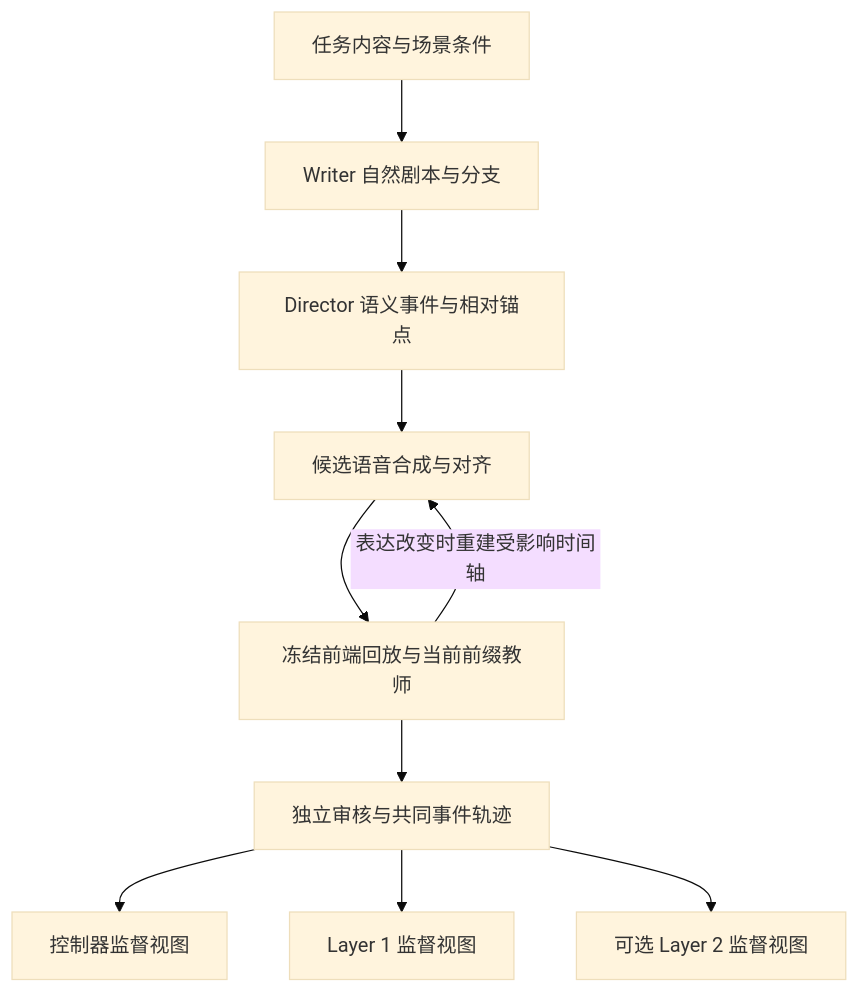
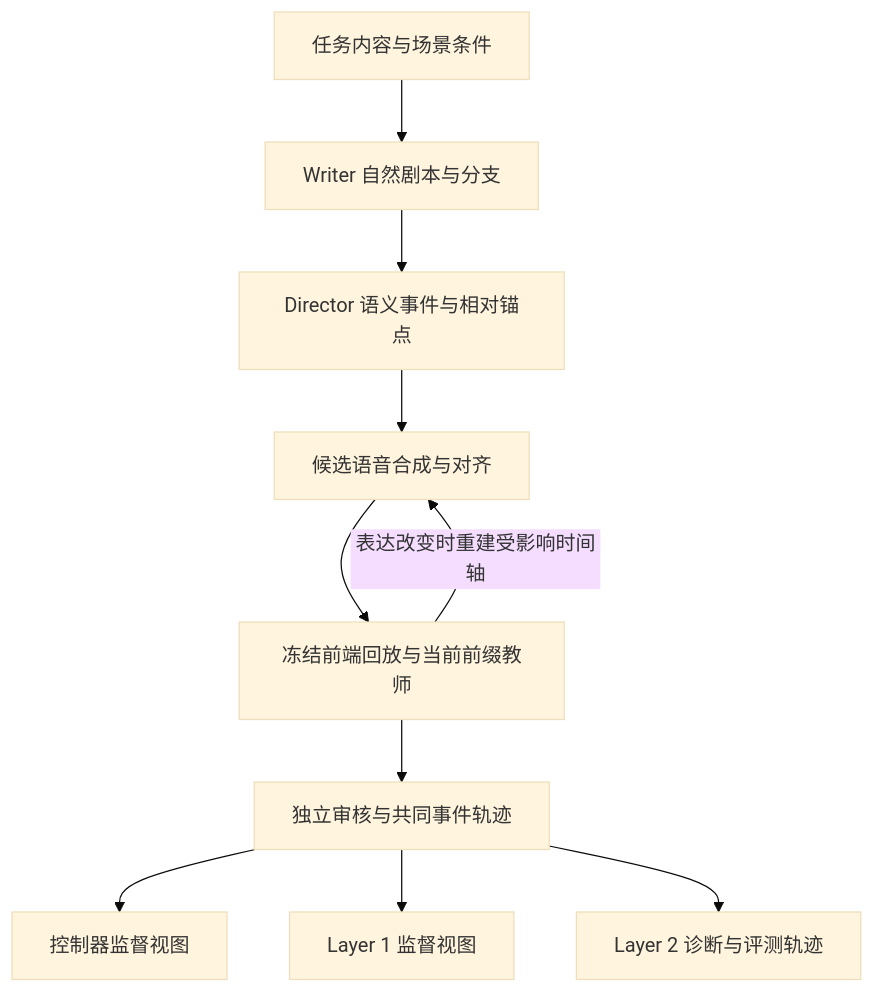
The diagram in docs/dev/layer1_training/data_construction.md (Vitalrubbish/InterClarify), drawn with Mermaid (base theme) before and after one commit. The commit also changed other lines of this file and 11 other files, not shown here.

````diff
--- a/docs/dev/layer1_training/data_construction.md
+++ b/docs/dev/layer1_training/data_construction.md
@@ -87,12 +87,12 @@
 ```mermaid
 flowchart TD
     A[任务内容与场景条件] --> B[Writer 自然剧本与分支]
     B --> C[Director 语义事件与相对锚点]
     C --> D[候选语音合成与对齐]
     D --> E[冻结前端回放与当前前缀教师]
     E --> F[独立审核与共同事件轨迹]
     F --> G[控制器监督视图]
     F --> H[Layer 1 监督视图]
-    F --> I[可选 Layer 2 监督视图]
+    F --> I[Layer 2 诊断与评测轨迹]
     E -->|表达改变时重建受影响时间轴| D
 ```
````
